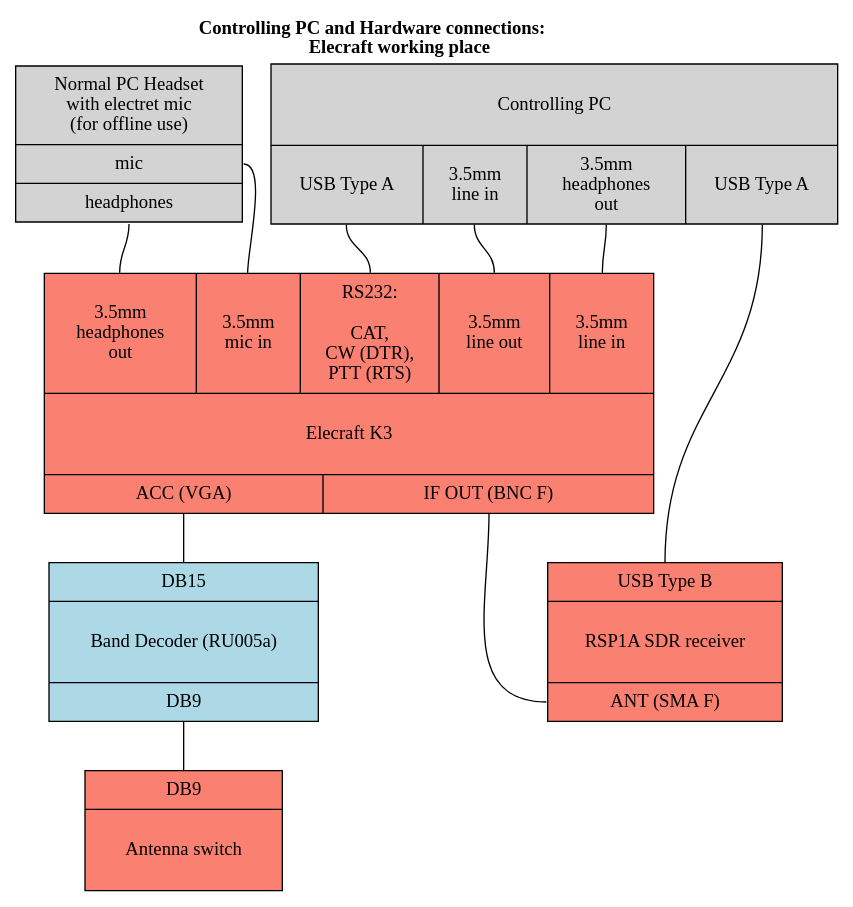
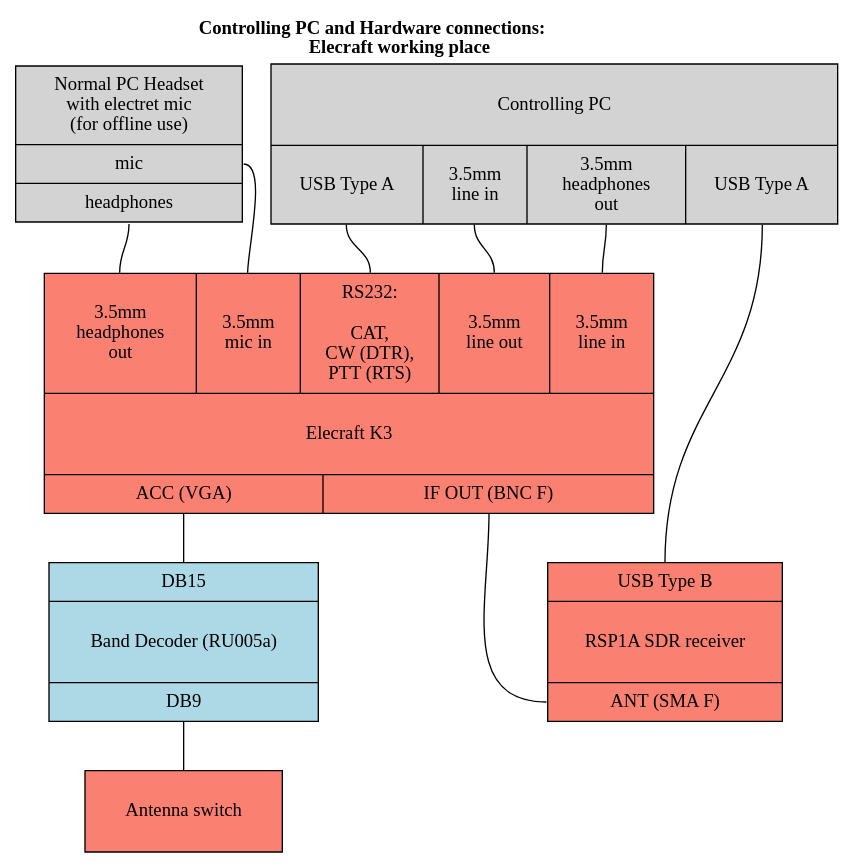
Before and after one commit to isemichastnov/hamradio: the diagram in rk5d-remote/elecraft/gv/hw.gv, drawn with Graphviz. The commit also changed 8 other files, not shown here.

Commit message:
updated RK5D readme: minor fixes in antenna switch connections

```diff
--- a/rk5d-remote/elecraft/gv/hw.gv
+++ b/rk5d-remote/elecraft/gv/hw.gv
@@ -1,30 +1,30 @@
 digraph Arch {
 node [shape = rect, margin = "0.2,0.1"]
 edge [arrowhead = none]
 labelloc = top
 
 label = <<b>Controlling PC and Hardware connections: <br/>Elecraft working place</b>>
 
 pc [shape = record, style = filled, label = "{ \nControlling PC\n\r | { <usbA>USB Type A | <lineIn>3.5mm\nline in |<earph>3.5mm\nheadphones \nout | <usbA2> USB Type A} }"]
 headset [shape = record, style = filled, label = "{ Normal PC Headset\nwith electret mic\n(for offline use) | <mic> mic | <earph> headphones }"]
 
 elecraft [shape = record, style = filled, fillcolor = salmon, label = "{ { <earphBack> 3.5mm \nheadphones\n out | <micBack> 3.5mm\n mic in | <com>RS232:\n\nCAT,\nCW (DTR),\nPTT (RTS) | <lineOut>3.5mm\nline out | <lineIn>3.5mm\nline in } | \nElecraft K3\n\r | {<acc> ACC (VGA) | <ifout> IF OUT (BNC F) } }"];
 rsp [shape = record, style = filled, fillcolor = salmon, label = "{{<usb>USB Type B} | \nRSP1A SDR receiver\n\n | {<ant>ANT (SMA F)}}"]
 
 ru005 [shape = record, style = filled, fillcolor = lightblue, label = "{<db15> DB15 | \nBand Decoder (RU005a)\n\r | <db9>DB9 }"]
 
-antennaSwitch [shape = record, style = filled, fillcolor = salmon, label = "{ <db9>DB9 | \n Antenna switch \n\r }"]
+antennaSwitch [shape = record, style = filled, fillcolor = salmon, label = "\n Antenna switch \n\r"]
 
 pc : usbA -> elecraft : com
 pc : usbA2 -> rsp : usb : n
 pc : earph -> elecraft : lineIn
 elecraft : lineOut -> pc : lineIn
 elecraft : acc -> ru005 : db15 : n
 elecraft : ifout : s -> rsp : ant : w
 
 headset : mic : e -> elecraft : micBack
 headset : earph : s -> elecraft : earphBack
 
-ru005 : db9 -> antennaSwitch : db9
+ru005 : db9 -> antennaSwitch
 
 }
```
